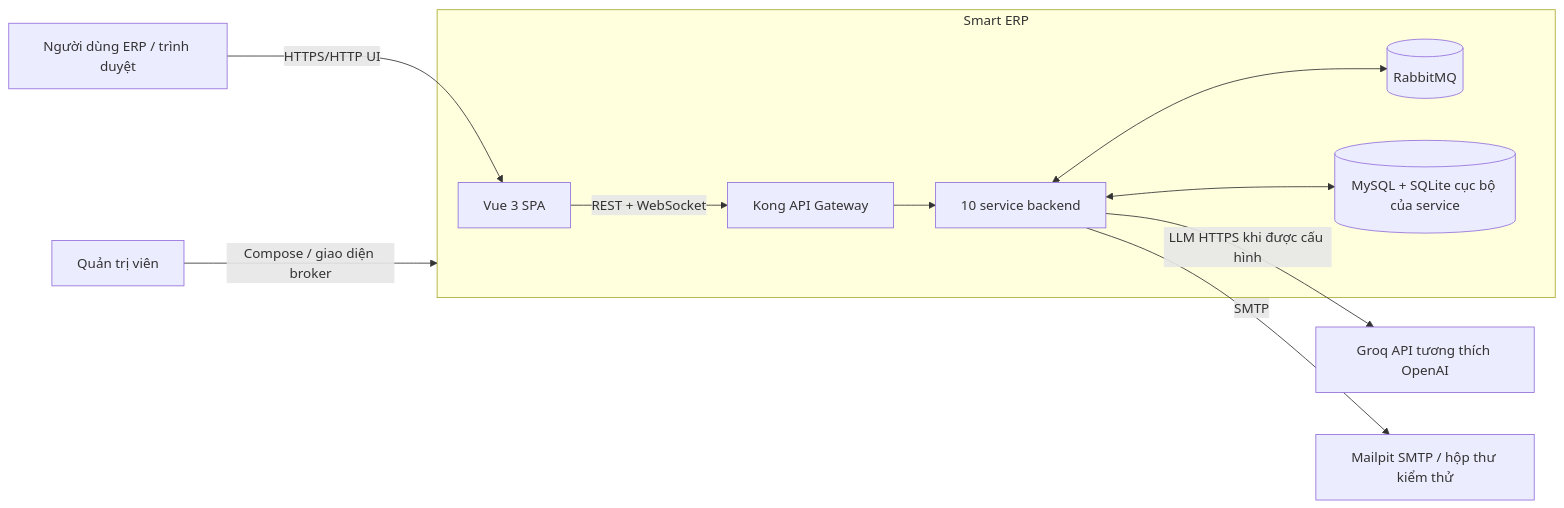
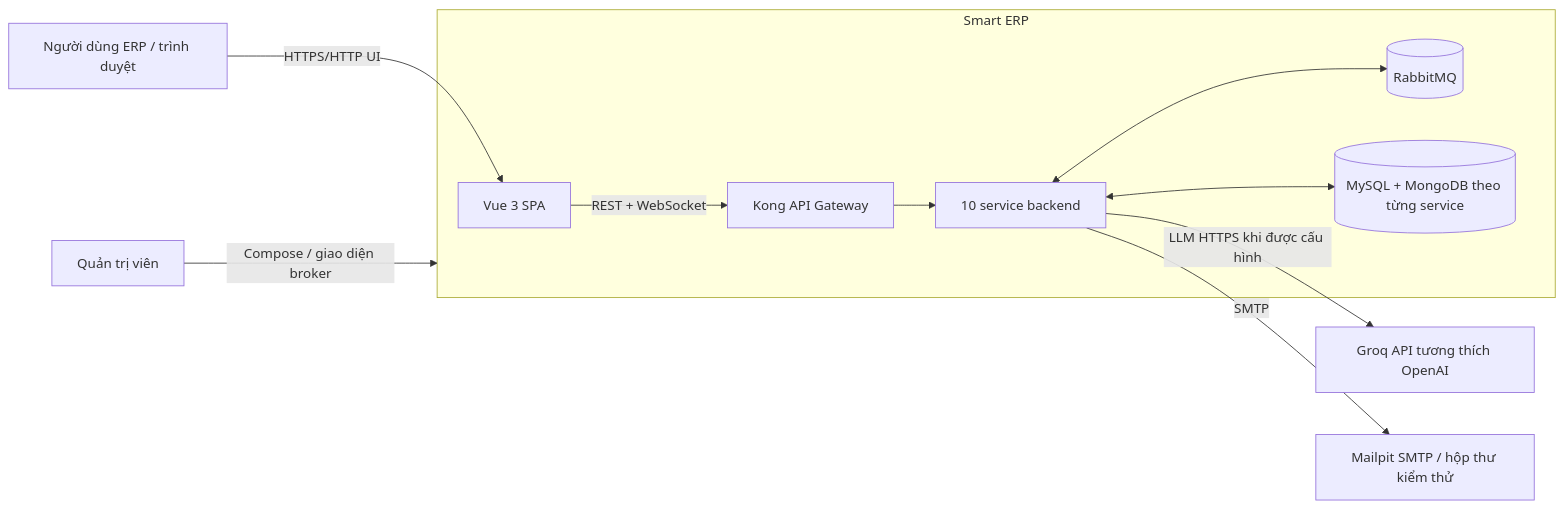
The first of 3 diagrams in docs/knowledge/technical/kien-truc-tong-quan.md (ttung205/smart-erp), drawn with Mermaid before and after one commit. The commit also changed other lines of this file and 94 other files, not shown here.

````diff
--- a/docs/knowledge/technical/kien-truc-tong-quan.md
+++ b/docs/knowledge/technical/kien-truc-tong-quan.md
@@ -44,24 +44,24 @@
 ```mermaid
 flowchart LR
     User[Người dùng ERP / trình duyệt]
     Admin[Quản trị viên]
     Groq[Groq API tương thích OpenAI]
     Mail[Mailpit SMTP / hộp thư kiểm thử]
 
     subgraph ERP[Smart ERP]
         FE[Vue 3 SPA]
         GW[Kong API Gateway]
         Core[10 service backend]
         MQ[(RabbitMQ)]
-        DB[(MySQL + SQLite cục bộ của service)]
+        DB[(MySQL + MongoDB theo từng service)]
     end
 
     User -->|HTTPS/HTTP UI| FE
     FE -->|REST + WebSocket| GW
     GW --> Core
     Core <--> DB
     Core <--> MQ
     Core -->|SMTP| Mail
     Core -->|LLM HTTPS khi được cấu hình| Groq
     Admin -->|Compose / giao diện broker| ERP
 ```
````
